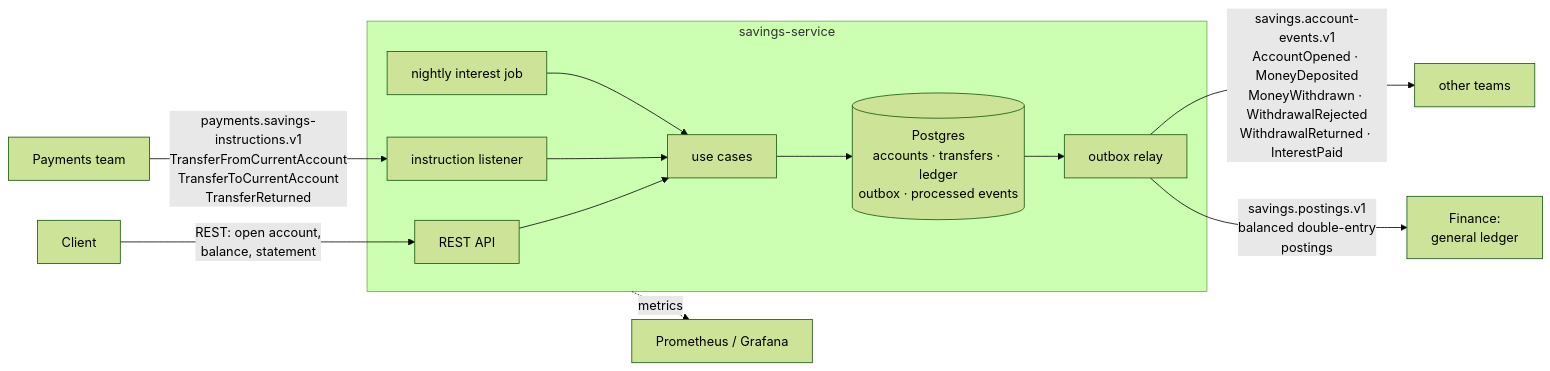
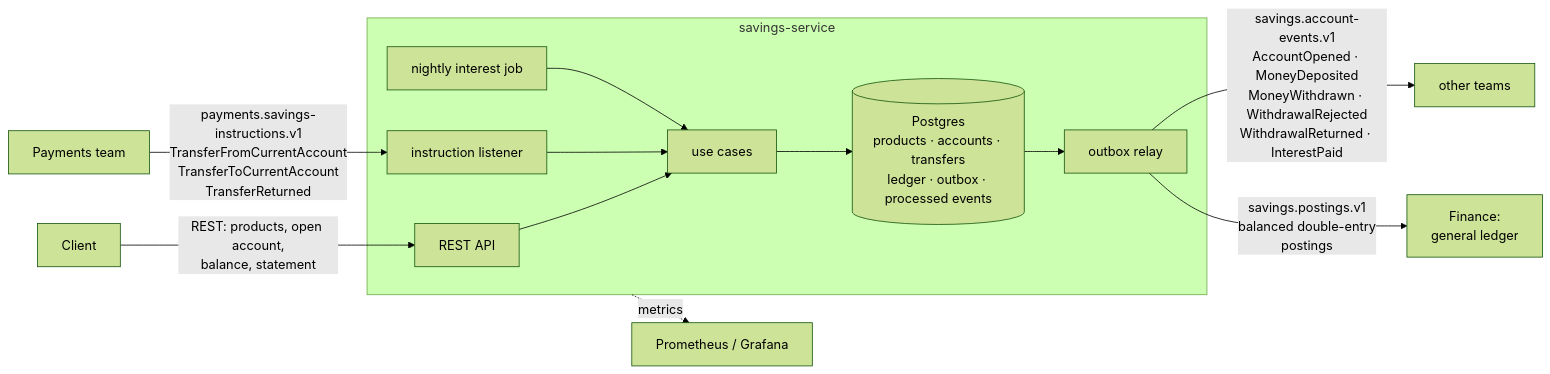
Before and after one commit to Acidream/inv_sample: the first of 2 diagrams in README.md, drawn with Mermaid (forest theme). The commit also changed other lines of this file and 36 other files, not shown here.

````diff
--- a/README.md
+++ b/README.md
@@ -17,15 +9,15 @@
 ```mermaid
 flowchart LR
-    Client -- "REST: open account,<br/>balance, statement" --> API
+    Client -- "REST: products, open account,<br/>balance, statement" --> API
     P[Payments team] -- "payments.savings-instructions.v1<br/>TransferFromCurrentAccount<br/>TransferToCurrentAccount<br/>TransferReturned" --> L
     subgraph S [savings-service]
         API[REST API] --> UC[use cases]
         L[instruction listener] --> UC
         J[nightly interest job] --> UC
-        UC --> DB[(Postgres<br/>accounts · transfers · ledger<br/>outbox · processed events)]
+        UC --> DB[(Postgres<br/>products · accounts · transfers<br/>ledger · outbox · processed events)]
         DB --> R[outbox relay]
     end
     R -- "savings.account-events.v1<br/>AccountOpened · MoneyDeposited<br/>MoneyWithdrawn · WithdrawalRejected<br/>WithdrawalReturned · InterestPaid" --> C[other teams]
     R -- "savings.postings.v1<br/>balanced double-entry<br/>postings" --> F[Finance:<br/>general ledger]
     S -. metrics .-> Prom[Prometheus / Grafana]
 ```
````
